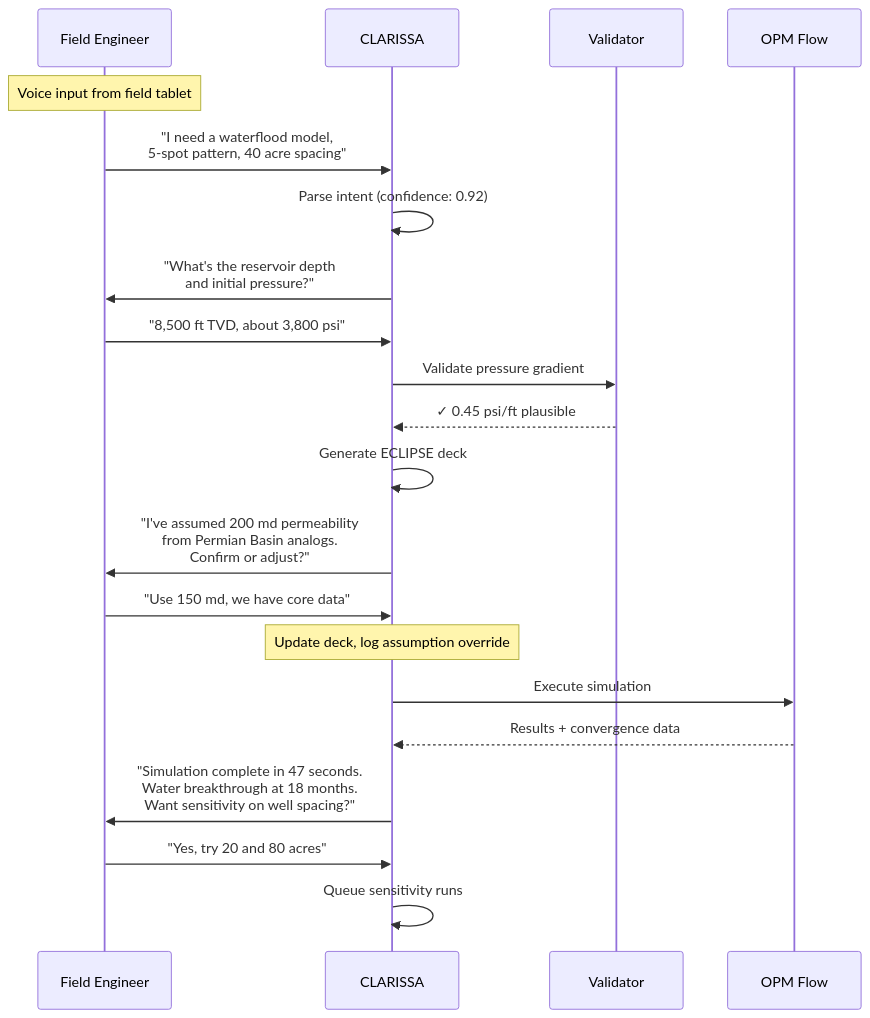
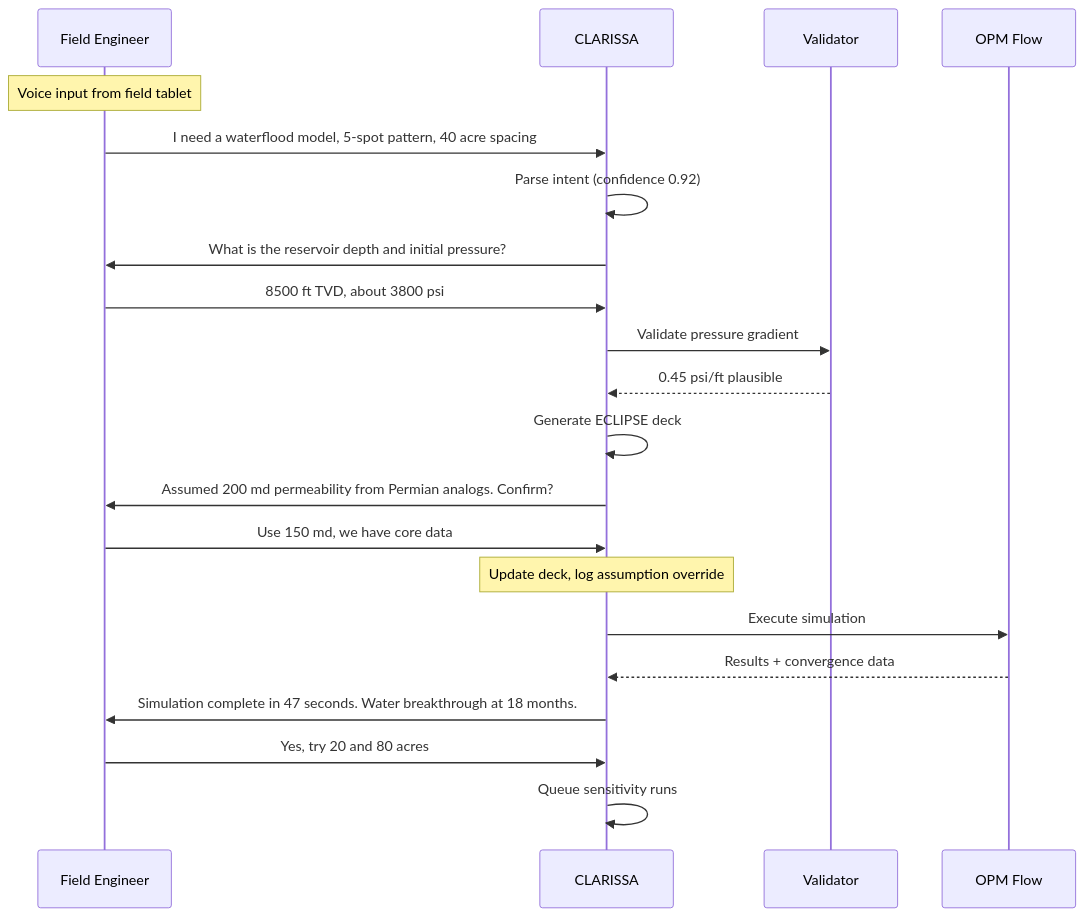
The fifth of 6 diagrams in conference/spe-europe-2026/sources/wolfram/abstract-merged.md (wolfram-laube/clarissa), drawn with Mermaid before and after one commit. The commit also changed other lines of this file, not shown here.

Commit message:
fix: simplify mermaid diagrams - remove emojis and br tags for proper rendering

````diff
--- a/conference/spe-europe-2026/sources/wolfram/abstract-merged.md
+++ b/conference/spe-europe-2026/sources/wolfram/abstract-merged.md
@@ -173,24 +211,24 @@
 ```mermaid
 sequenceDiagram
     participant E as Field Engineer
     participant C as CLARISSA
     participant V as Validator
     participant S as OPM Flow
 
     Note over E: Voice input from field tablet
-    E->>C: "I need a waterflood model,<br/>5-spot pattern, 40 acre spacing"
-    C->>C: Parse intent (confidence: 0.92)
-    C->>E: "What's the reservoir depth<br/>and initial pressure?"
-    E->>C: "8,500 ft TVD, about 3,800 psi"
+    E->>C: I need a waterflood model, 5-spot pattern, 40 acre spacing
+    C->>C: Parse intent (confidence 0.92)
+    C->>E: What is the reservoir depth and initial pressure?
+    E->>C: 8500 ft TVD, about 3800 psi
     C->>V: Validate pressure gradient
-    V-->>C: ✓ 0.45 psi/ft plausible
+    V-->>C: 0.45 psi/ft plausible
     C->>C: Generate ECLIPSE deck
-    C->>E: "I've assumed 200 md permeability<br/>from Permian Basin analogs.<br/>Confirm or adjust?"
-    E->>C: "Use 150 md, we have core data"
+    C->>E: Assumed 200 md permeability from Permian analogs. Confirm?
+    E->>C: Use 150 md, we have core data
     Note over C: Update deck, log assumption override
     C->>S: Execute simulation
     S-->>C: Results + convergence data
-    C->>E: "Simulation complete in 47 seconds.<br/>Water breakthrough at 18 months.<br/>Want sensitivity on well spacing?"
-    E->>C: "Yes, try 20 and 80 acres"
+    C->>E: Simulation complete in 47 seconds. Water breakthrough at 18 months.
+    E->>C: Yes, try 20 and 80 acres
     C->>C: Queue sensitivity runs
 ```
````
